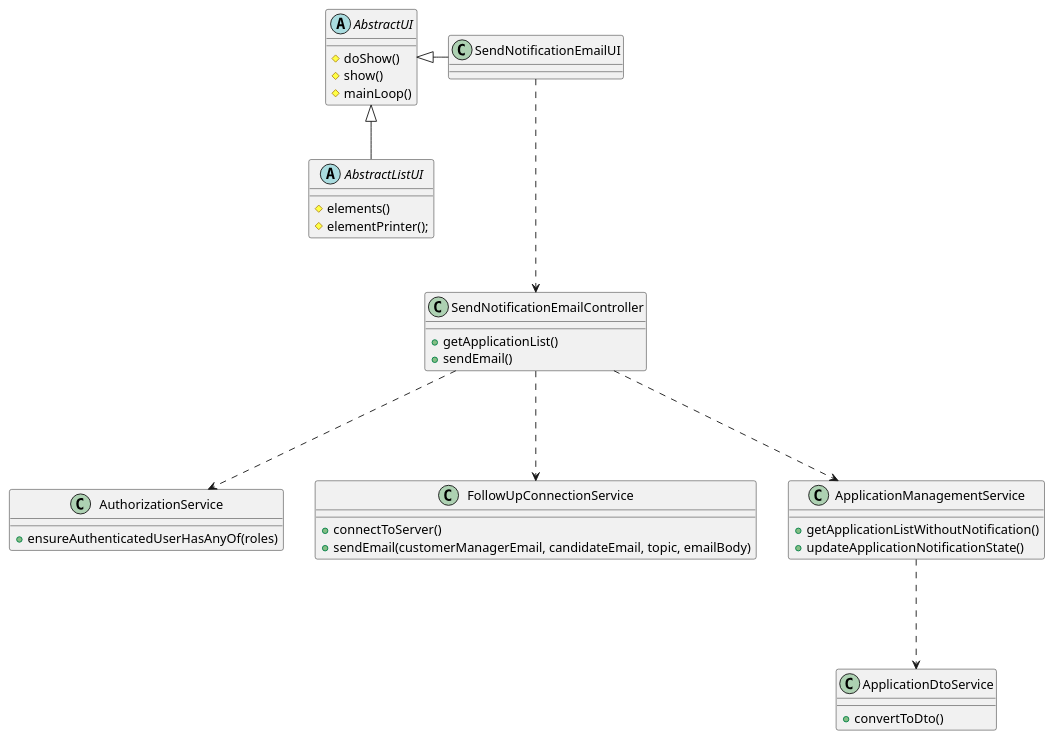
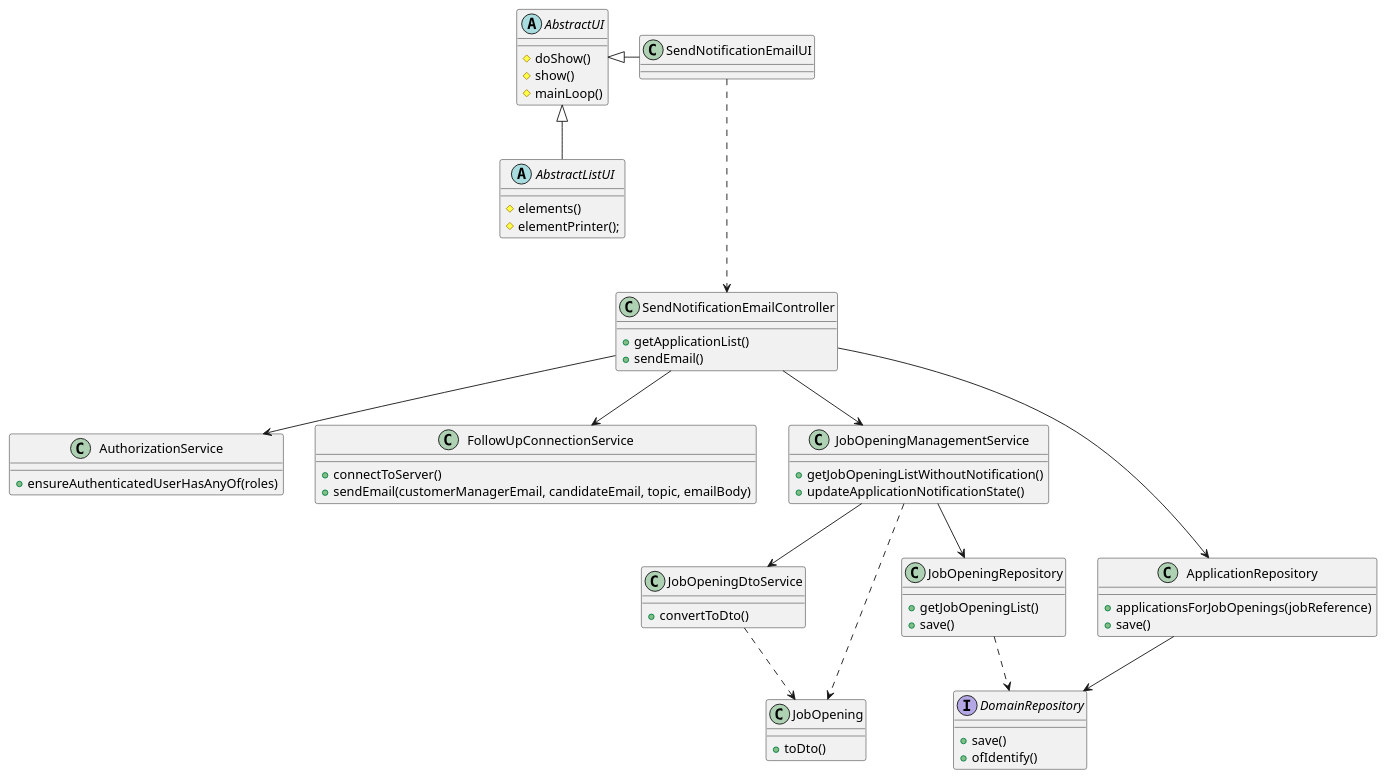
One commit to rita-barbosa/LAPR4-2324 changed the diagram in docs/sprint-c/us_1016/cd/cd-us-1016.puml. Above: the diagram before and after it, drawn with PlantUML.

Commit message:
docs: update in design of 1016 , sd [#134]

```diff
--- a/docs/sprint-c/us_1016/cd/cd-us-1016.puml
+++ b/docs/sprint-c/us_1016/cd/cd-us-1016.puml
@@ -1,54 +1,79 @@
 @startuml
 
 
 ' Services
 
 abstract class AbstractUI {
     # doShow()
     # show()
     # mainLoop()
 }
 abstract class AbstractListUI{
     # elements()
     # elementPrinter();
 }
 class SendNotificationEmailUI {
 
 }
 class AuthorizationService {
     + ensureAuthenticatedUserHasAnyOf(roles)
 }
 
 class FollowUpConnectionService {
     + connectToServer()
     + sendEmail(customerManagerEmail, candidateEmail, topic, emailBody)
 }
 
-class ApplicationManagementService {
-    + getApplicationListWithoutNotification()
+class JobOpeningManagementService {
+    + getJobOpeningListWithoutNotification()
     + updateApplicationNotificationState()
 }
-class ApplicationDtoService {
+class JobOpeningDtoService {
     + convertToDto()
+}
+
+class JobOpeningRepository{
+    + getJobOpeningList()
+    + save()
+}
+
+class ApplicationRepository{
+    + applicationsForJobOpenings(jobReference)
+    + save()
 }
 
 class SendNotificationEmailController  {
 + getApplicationList()
 + sendEmail()
 }
 
-
+class JobOpening{
+    + toDto()
+}
+Interface DomainRepository{
+    + save()
+    + ofIdentify()
+}
 
 AbstractUI <|-- AbstractListUI
 AbstractUI <|- SendNotificationEmailUI
 
 
 SendNotificationEmailUI .--> SendNotificationEmailController
-SendNotificationEmailController .--> AuthorizationService
-SendNotificationEmailController .--> ApplicationManagementService
-SendNotificationEmailController .--> FollowUpConnectionService
+SendNotificationEmailController --> AuthorizationService
+SendNotificationEmailController --> JobOpeningManagementService
+SendNotificationEmailController --> FollowUpConnectionService
+SendNotificationEmailController --> ApplicationRepository
 
-ApplicationManagementService .--> ApplicationDtoService
+JobOpeningManagementService --> JobOpeningDtoService
+JobOpeningManagementService ..> JobOpening
+JobOpeningManagementService --> JobOpeningRepository
+
+JobOpeningDtoService ..> JobOpening
+
+JobOpeningRepository ..> DomainRepository
+
+ApplicationRepository --> DomainRepository
 
 
 @enduml
```
